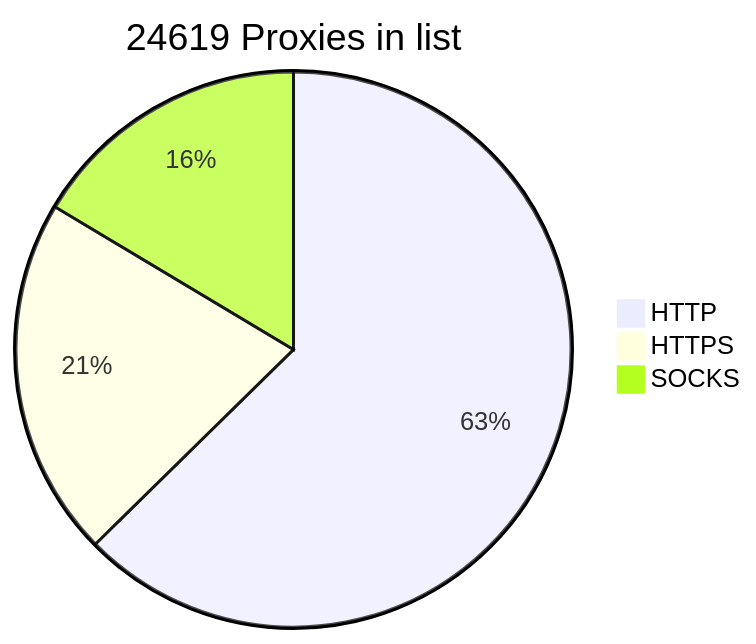
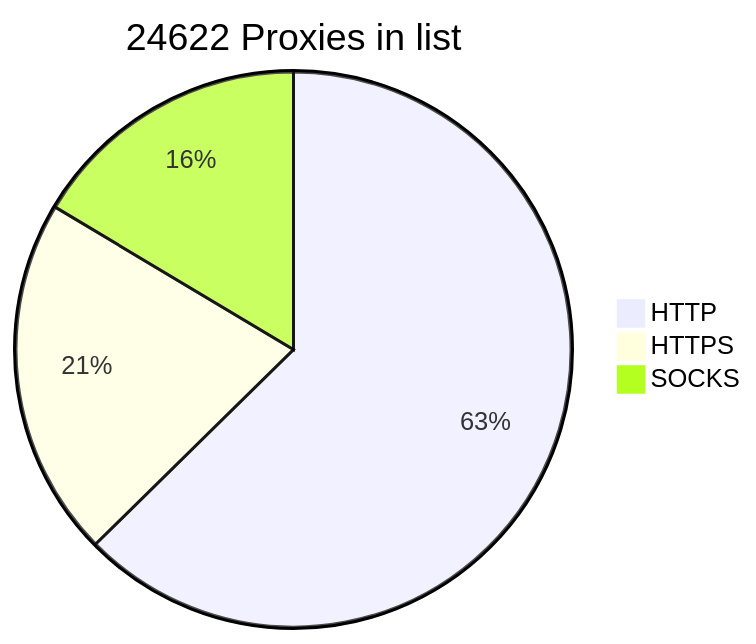
The diagram in README.md (BlackSnowDot/proxylist-update-every-minute), drawn with Mermaid before and after one commit.

````diff
--- a/README.md
+++ b/README.md
@@ -2,6 +2,6 @@
 ```mermaid
-pie title 24619 Proxies in list
+pie title 24622 Proxies in list
     "HTTP" : 17821
     "HTTPS": 5957
-    "SOCKS" : 4671
+    "SOCKS" : 4674
 ```
````
